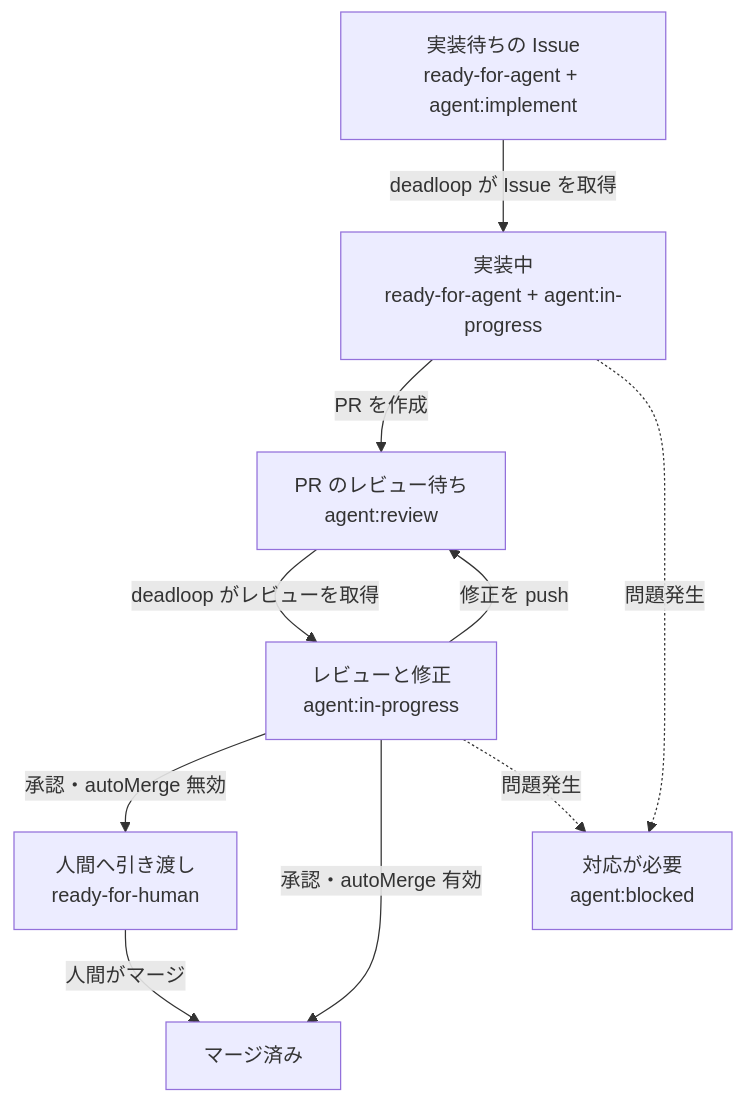
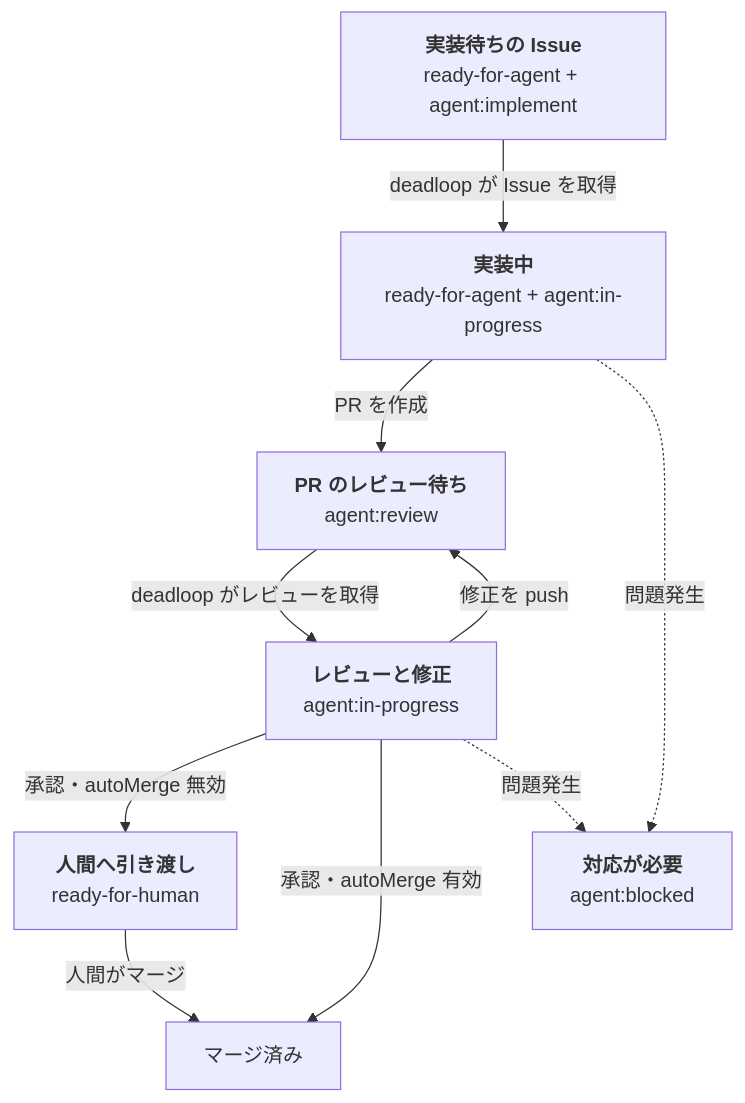
One commit to yasuhito/deadloop changed the diagram in README.ja.md. Above: the diagram before and after it, drawn with Mermaid. The commit also changed 1 other file, not shown here.

Commit message:
docs: use Mermaid markdown line breaks

````diff
--- a/README.ja.md
+++ b/README.ja.md
@@ -55,20 +55,26 @@
 ```mermaid
 flowchart TD
-    I["実装待ちの Issue<br>ready-for-agent + agent:implement"]
-    W["実装中<br>ready-for-agent + agent:in-progress"]
-    R["PR のレビュー待ち<br>agent:review"]
-    V["レビューと修正<br>agent:in-progress"]
-    H["人間へ引き渡し<br>ready-for-human"]
+    I["`**実装待ちの Issue**
+    ready-for-agent + agent:implement`"]
+    W["`**実装中**
+    ready-for-agent + agent:in-progress`"]
+    R["`**PR のレビュー待ち**
+    agent:review`"]
+    V["`**レビューと修正**
+    agent:in-progress`"]
+    H["`**人間へ引き渡し**
+    ready-for-human`"]
     M["マージ済み"]
-    B["対応が必要<br>agent:blocked"]
+    B["`**対応が必要**
+    agent:blocked`"]
 
     I -->|deadloop が Issue を取得| W
     W -->|PR を作成| R
     R -->|deadloop がレビューを取得| V
     V -->|修正を push| R
     V -->|承認・autoMerge 無効| H
     V -->|承認・autoMerge 有効| M
     H -->|人間がマージ| M
     W -. 問題発生 .-> B
     V -. 問題発生 .-> B
 ```
````
